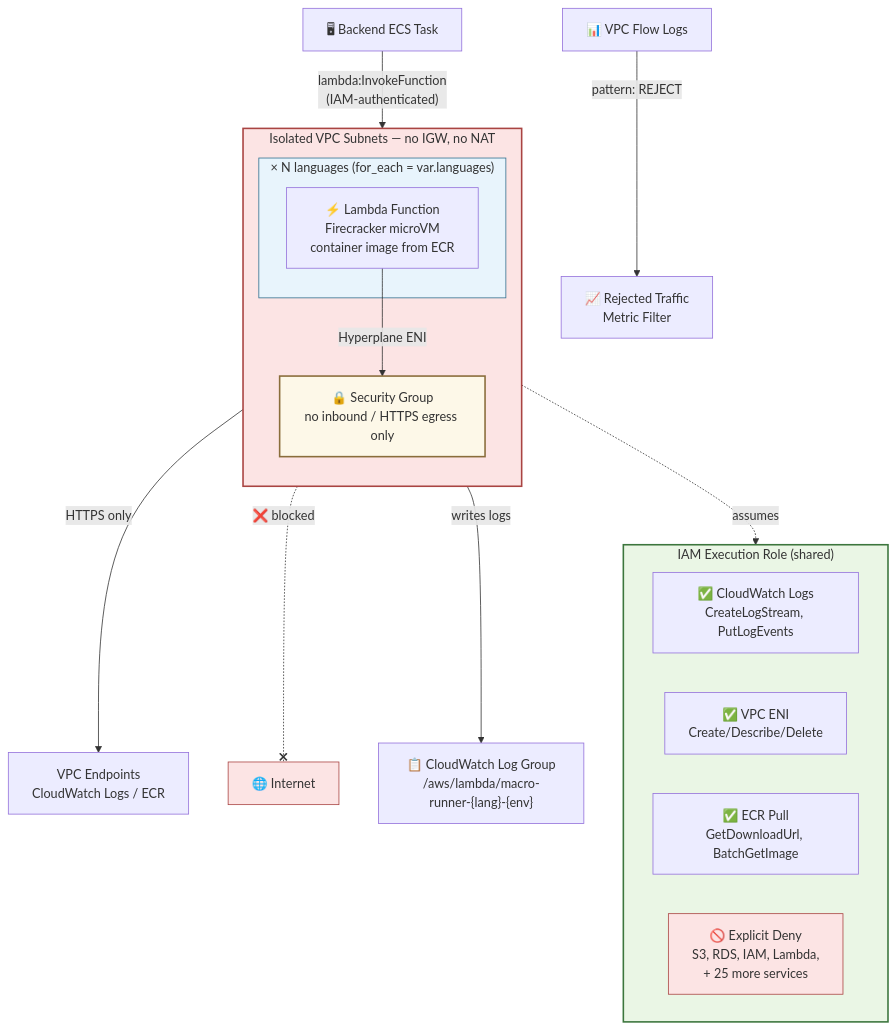
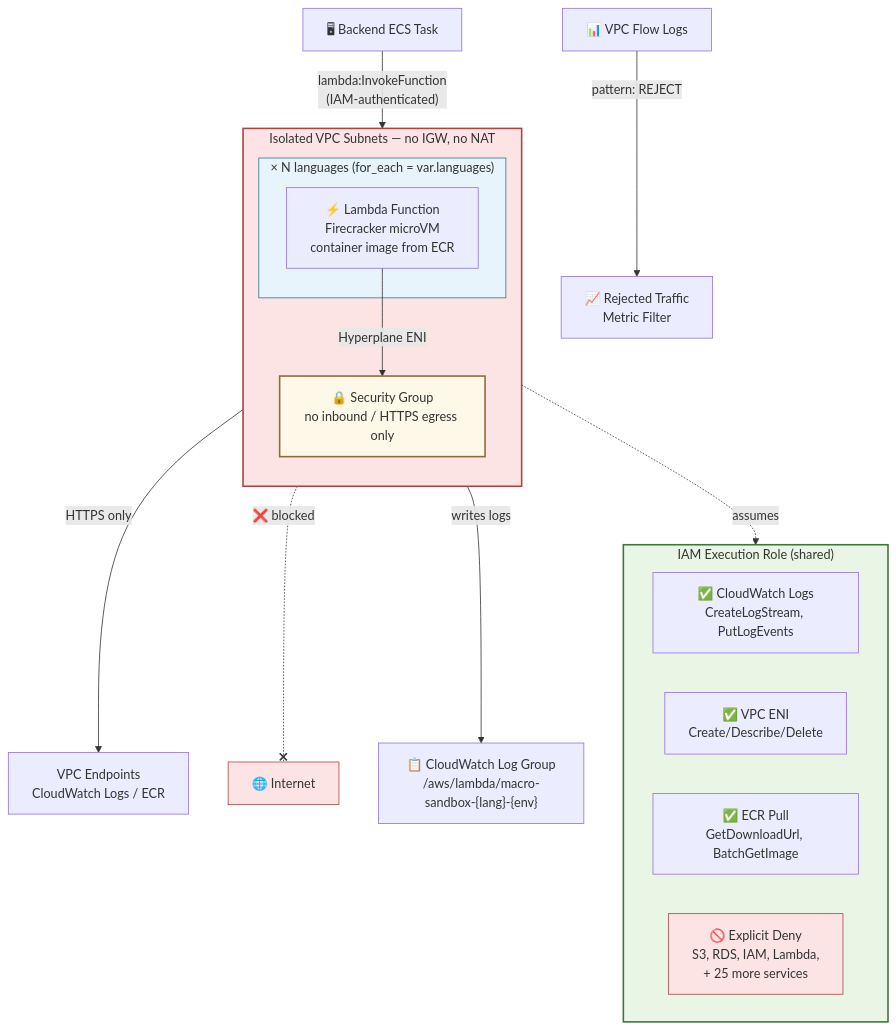
Before and after one commit to Jan-IngenHousz-Institute/open-jii: the diagram in infrastructure/modules/macro-lambda/README.md, drawn with Mermaid. The commit also changed other lines of this file and 20 other files, not shown here.

````diff
--- a/infrastructure/modules/macro-lambda/README.md
+++ b/infrastructure/modules/macro-lambda/README.md
@@ -11,36 +11,36 @@
 ```mermaid
 graph TB
     BACKEND["🖥 Backend ECS Task"] -->|"lambda:InvokeFunction<br/>(IAM-authenticated)"| FN
 
     subgraph ISOLATED["Isolated VPC Subnets — no IGW, no NAT"]
         direction TB
 
         subgraph FNEACH["× N languages (for_each = var.languages)"]
             FN["⚡ Lambda Function<br/>Firecracker microVM<br/>container image from ECR"]
         end
 
         FN -->|"Hyperplane ENI"| SG["🔒 Security Group<br/>no inbound / HTTPS egress only"]
     end
 
     subgraph IAM["IAM Execution Role (shared)"]
         direction LR
         P1["✅ CloudWatch Logs<br/>CreateLogStream, PutLogEvents"]
         P2["✅ VPC ENI<br/>Create/Describe/Delete"]
         P3["✅ ECR Pull<br/>GetDownloadUrl, BatchGetImage"]
         P4["🚫 Explicit Deny<br/>S3, RDS, IAM, Lambda,<br/>+ 25 more services"]
     end
 
     FN -.->|"assumes"| IAM
     SG -->|"HTTPS only"| VPCE["VPC Endpoints<br/>CloudWatch Logs / ECR"]
     SG -.-x|"❌ blocked"| INTERNET["🌐 Internet"]
 
-    FN -->|"writes logs"| CW["📋 CloudWatch Log Group<br/>/aws/lambda/macro-runner-{lang}-{env}"]
+    FN -->|"writes logs"| CW["📋 CloudWatch Log Group<br/>/aws/lambda/macro-sandbox-{lang}-{env}"]
     FLOWLOGS["📊 VPC Flow Logs"] -->|"pattern: REJECT"| METRIC["📈 Rejected Traffic<br/>Metric Filter"]
 
     style ISOLATED fill:#fce4e4,stroke:#a94442,stroke-width:2px,color:#333
     style FNEACH fill:#e8f4fc,stroke:#31708f,stroke-width:1px,color:#333
     style IAM fill:#eaf6e5,stroke:#3c763d,stroke-width:2px,color:#333
     style P4 fill:#fce4e4,stroke:#a94442,stroke-width:1px,color:#333
     style SG fill:#fdf8e8,stroke:#8a6d3b,stroke-width:2px,color:#333
     style INTERNET fill:#fce4e4,stroke:#a94442,stroke-width:1px,color:#333
 ```
````
